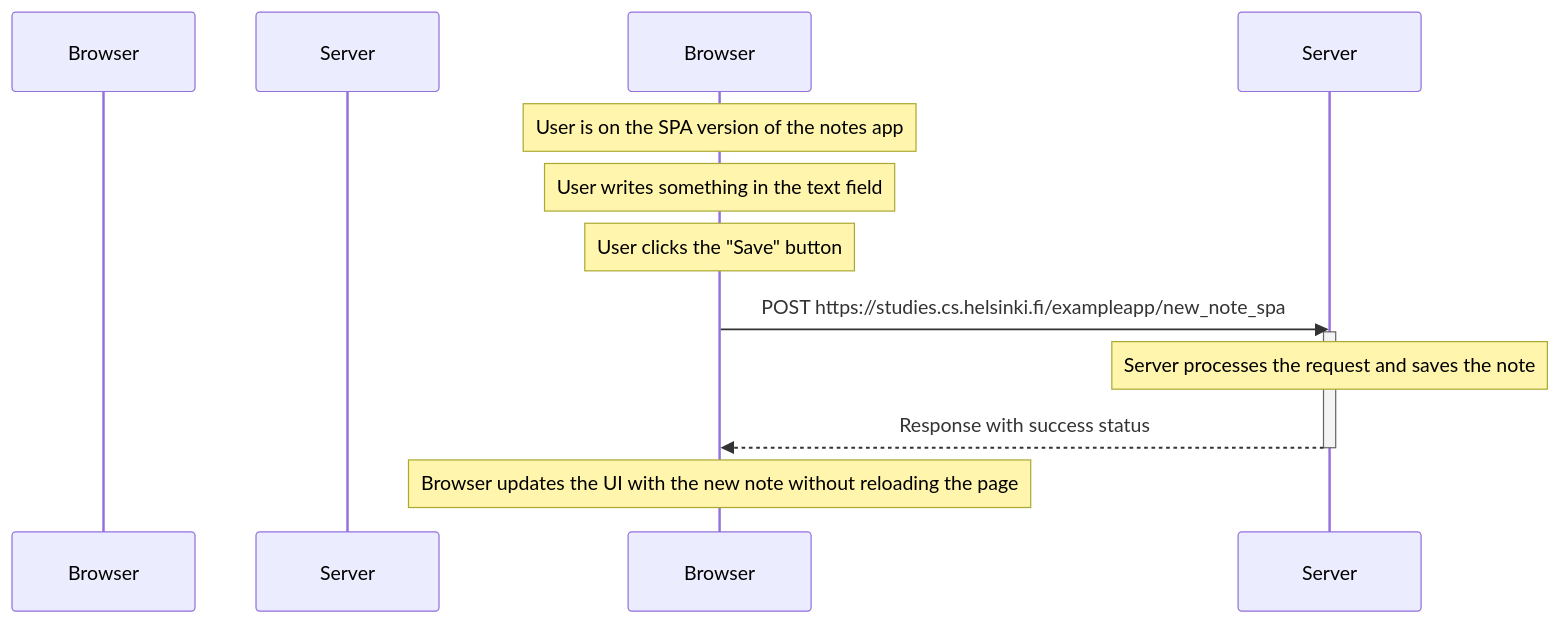
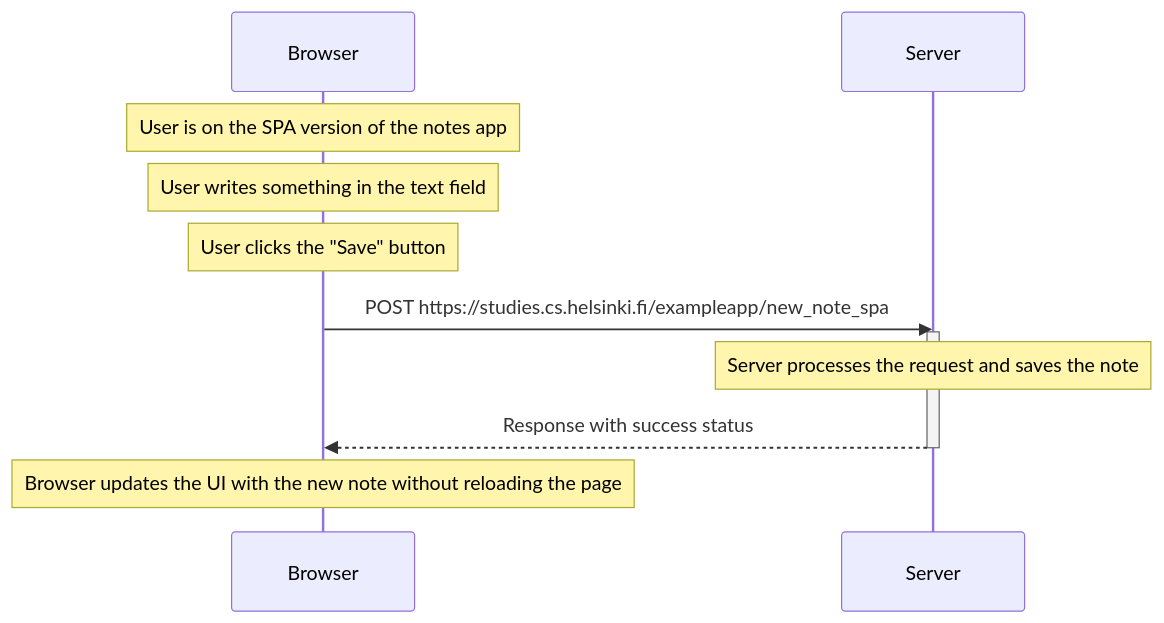
Before and after one commit to carloshvelez/fullstackopen: the diagram in part_0/06_exercise.md, drawn with Mermaid. The commit also changed 1 other file, not shown here.

````diff
--- a/part_0/06_exercise.md
+++ b/part_0/06_exercise.md
@@ -1,17 +1,17 @@
 ```mermaid
 sequenceDiagram
-    participant browser as Browser
-    participant server as Server
+    participant Browser
+    participant Server
 
     Note over Browser: User is on the SPA version of the notes app
     Note over Browser: User writes something in the text field
     Note over Browser: User clicks the "Save" button
 
     Browser->>Server: POST https://studies.cs.helsinki.fi/exampleapp/new_note_spa
     activate Server
     Note over Server: Server processes the request and saves the note
     Server-->>Browser: Response with success status
     deactivate Server
 
     Note over Browser: Browser updates the UI with the new note without reloading the page
 ```
````
